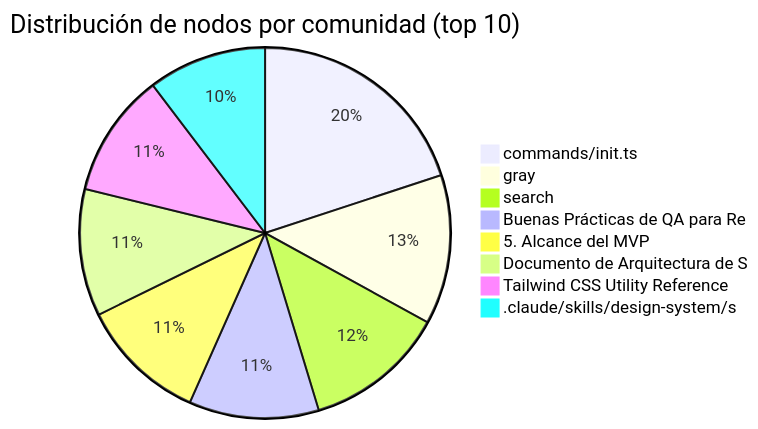
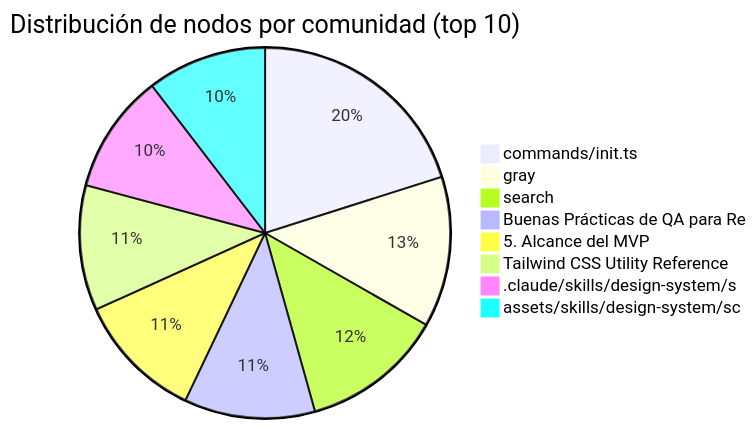
Before and after one commit to erick880709/Agro-ia: the diagram in obsidian-vault/🏠 AgroIA - Home.md, drawn with Mermaid. The commit also changed other lines of this file and 195 other files, not shown here.

````diff
--- a/obsidian-vault/🏠 AgroIA - Home.md
+++ b/obsidian-vault/🏠 AgroIA - Home.md
@@ -125,13 +125,13 @@
 ```mermaid
 pie title Distribución de nodos por comunidad (top 10)
     "commands/init.ts": 81
     "gray": 53
     "gray": 53
     "search": 50
     "Buenas Prácticas de QA para Re": 46
     "5. Alcance del MVP": 45
-    "Documento de Arquitectura de S": 45
     "Tailwind CSS Utility Reference": 44
     "Tailwind CSS Utility Reference": 44
     ".claude/skills/design-system/s": 42
+    "assets/skills/design-system/sc": 42
 ```
````
